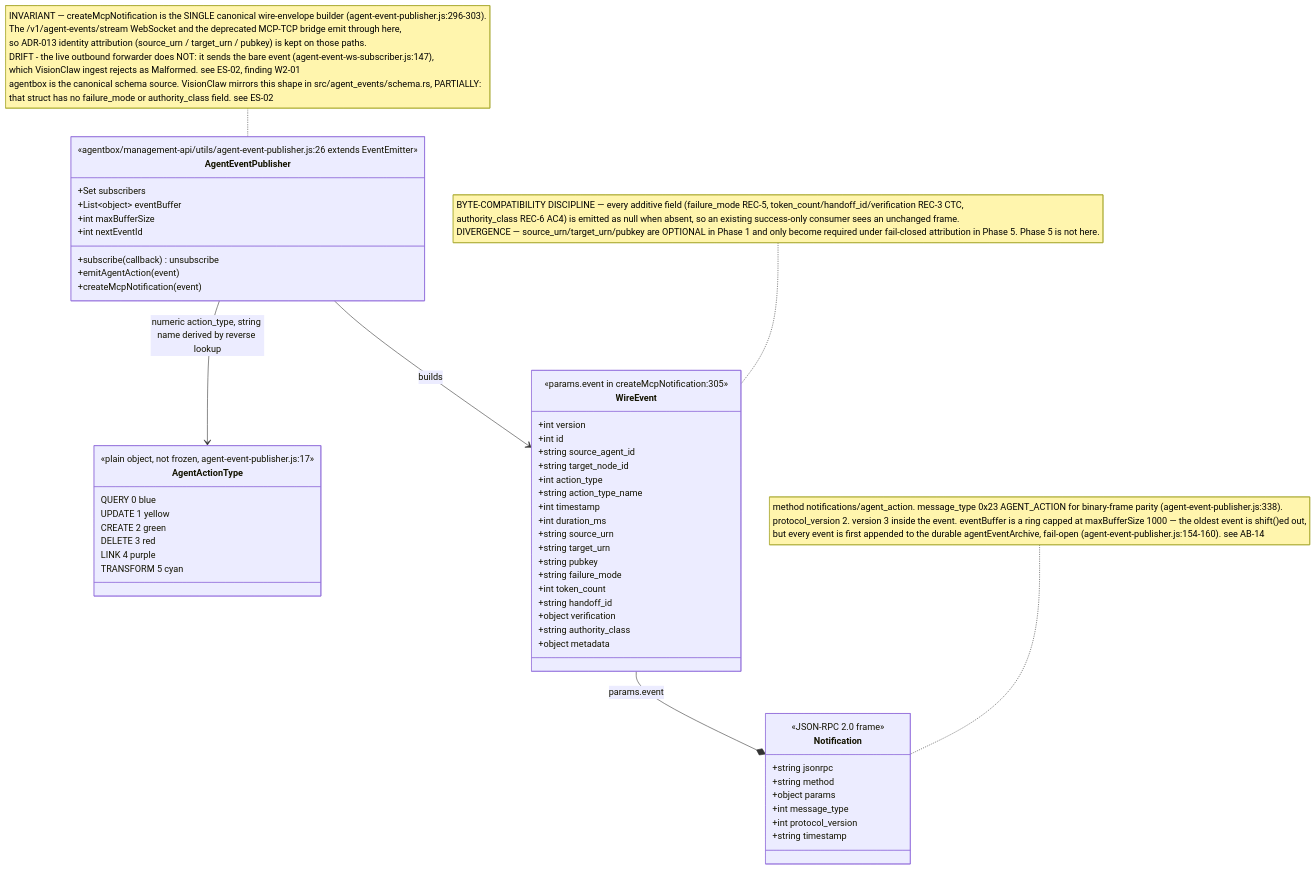
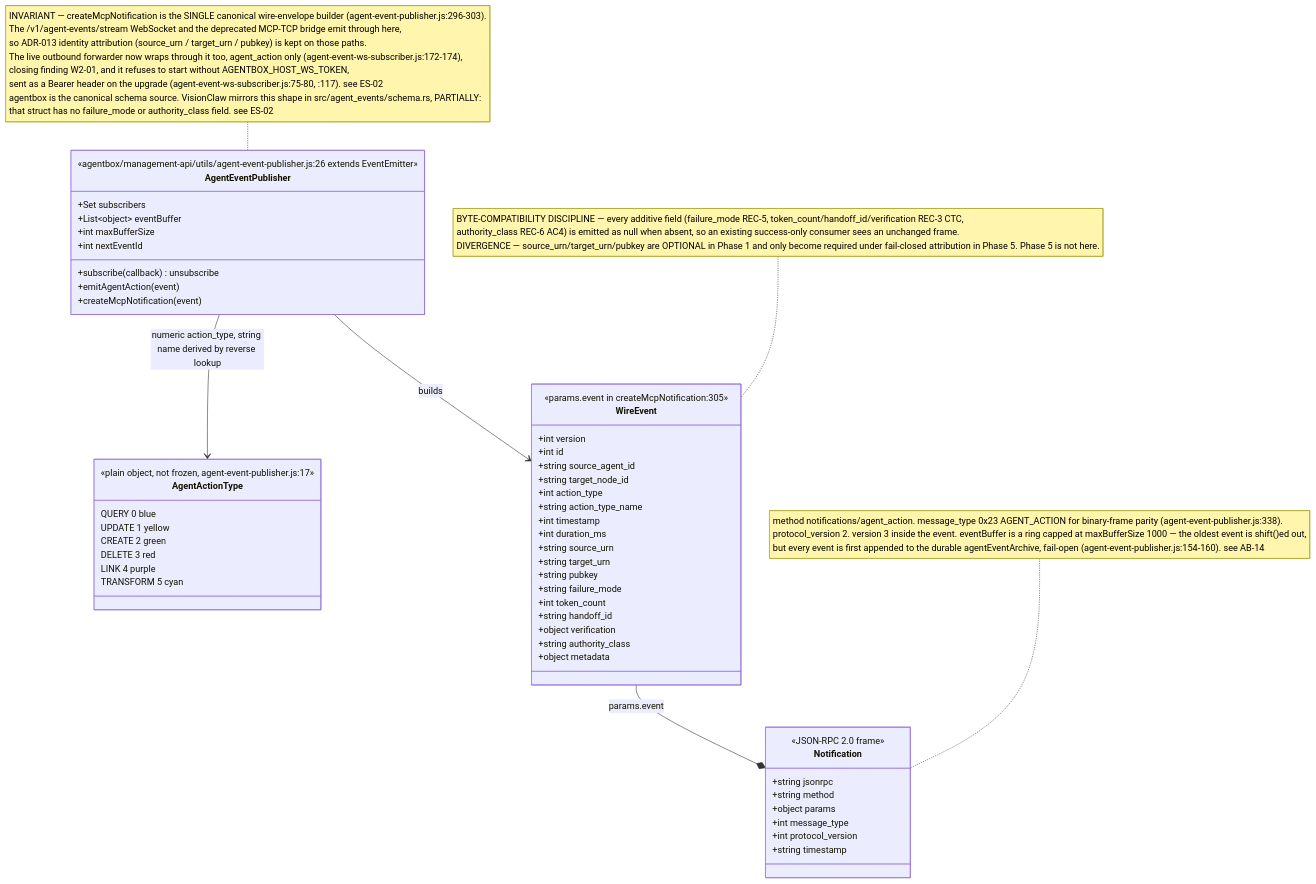
The first of 8 diagrams in docs/diagrams/agentbox/17-agent-events-and-provenance-bridge.md (DreamLab-AI/VisionFlow), drawn with Mermaid before and after one commit. The commit also changed other lines of this file and 7 other files, not shown here.

````diff
--- a/docs/diagrams/agentbox/17-agent-events-and-provenance-bridge.md
+++ b/docs/diagrams/agentbox/17-agent-events-and-provenance-bridge.md
@@ -30,57 +30,57 @@
 ```mermaid
 classDiagram
     class AgentEventPublisher {
         <<agentbox/management-api/utils/agent-event-publisher.js:26 extends EventEmitter>>
         +Set subscribers
         +List~object~ eventBuffer
         +int maxBufferSize
         +int nextEventId
         +subscribe(callback) unsubscribe
         +emitAgentAction(event)
         +createMcpNotification(event)
     }
     class AgentActionType {
         <<plain object, not frozen, agent-event-publisher.js:17>>
         QUERY 0 blue
         UPDATE 1 yellow
         CREATE 2 green
         DELETE 3 red
         LINK 4 purple
         TRANSFORM 5 cyan
     }
     class WireEvent {
         <<params.event in createMcpNotification:305>>
         +int version
         +int id
         +string source_agent_id
         +string target_node_id
         +int action_type
         +string action_type_name
         +int timestamp
         +int duration_ms
         +string source_urn
         +string target_urn
         +string pubkey
         +string failure_mode
         +int token_count
         +string handoff_id
         +object verification
         +string authority_class
         +object metadata
     }
     class Notification {
         <<JSON-RPC 2.0 frame>>
         +string jsonrpc
         +string method
         +object params
         +int message_type
         +int protocol_version
         +string timestamp
     }
     AgentEventPublisher --> AgentActionType : numeric action_type, string name derived by reverse lookup
     AgentEventPublisher --> WireEvent : builds
     WireEvent --* Notification : params.event
-    note for AgentEventPublisher "INVARIANT — createMcpNotification is the SINGLE canonical wire-envelope builder (agent-event-publisher.js:296-303).<br/>The /v1/agent-events/stream WebSocket and the deprecated MCP-TCP bridge emit through here,<br/>so ADR-013 identity attribution (source_urn / target_urn / pubkey) is kept on those paths.<br/>DRIFT - the live outbound forwarder does NOT: it sends the bare event (agent-event-ws-subscriber.js:147),<br/>which VisionClaw ingest rejects as Malformed. see ES-02, finding W2-01<br/>agentbox is the canonical schema source. VisionClaw mirrors this shape in src/agent_events/schema.rs, PARTIALLY:<br/>that struct has no failure_mode or authority_class field. see ES-02"
+    note for AgentEventPublisher "INVARIANT — createMcpNotification is the SINGLE canonical wire-envelope builder (agent-event-publisher.js:296-303).<br/>The /v1/agent-events/stream WebSocket and the deprecated MCP-TCP bridge emit through here,<br/>so ADR-013 identity attribution (source_urn / target_urn / pubkey) is kept on those paths.<br/>The live outbound forwarder now wraps through it too, agent_action only (agent-event-ws-subscriber.js:172-174),<br/>closing finding W2-01, and it refuses to start without AGENTBOX_HOST_WS_TOKEN,<br/>sent as a Bearer header on the upgrade (agent-event-ws-subscriber.js:75-80, :117). see ES-02<br/>agentbox is the canonical schema source. VisionClaw mirrors this shape in src/agent_events/schema.rs, PARTIALLY:<br/>that struct has no failure_mode or authority_class field. see ES-02"
     note for Notification "method notifications/agent_action. message_type 0x23 AGENT_ACTION for binary-frame parity (agent-event-publisher.js:338).<br/>protocol_version 2. version 3 inside the event. eventBuffer is a ring capped at maxBufferSize 1000 — the oldest event is shift()ed out,<br/>but every event is first appended to the durable agentEventArchive, fail-open (agent-event-publisher.js:154-160). see AB-14"
     note for WireEvent "BYTE-COMPATIBILITY DISCIPLINE — every additive field (failure_mode REC-5, token_count/handoff_id/verification REC-3 CTC,<br/>authority_class REC-6 AC4) is emitted as null when absent, so an existing success-only consumer sees an unchanged frame.<br/>DIVERGENCE — source_urn/target_urn/pubkey are OPTIONAL in Phase 1 and only become required under fail-closed attribution in Phase 5. Phase 5 is not here."
 ```
````
